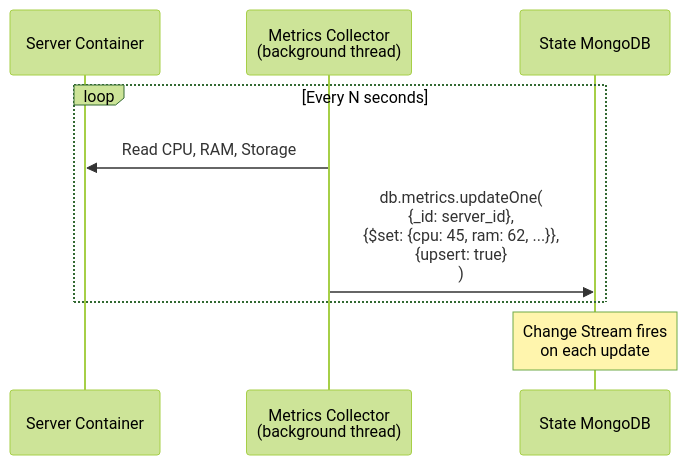
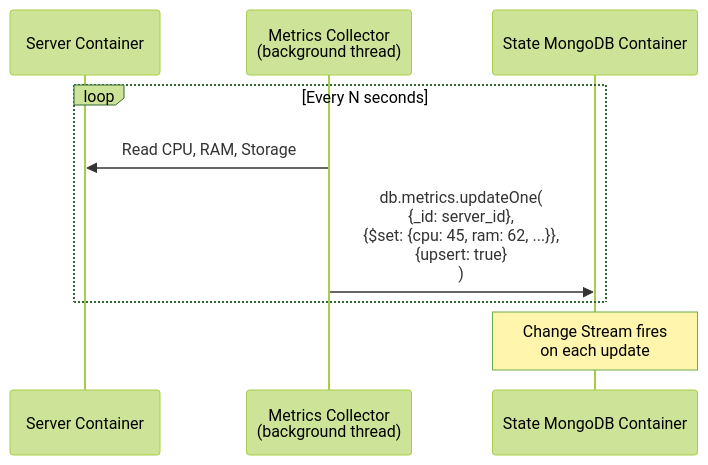
One commit to poioe20p/efficient-storage-in-edge-scenarios changed diagram 18 of 23 in docs/operation/system_mechanisms.md. Above: the diagram before and after it, drawn with Mermaid (forest theme). The commit also changed other lines of this file and 25 other files, not shown here.

````diff
--- a/docs/operation/system_mechanisms.md
+++ b/docs/operation/system_mechanisms.md
@@ -335,12 +730,12 @@
 ```mermaid
 sequenceDiagram
     participant Server as Server Container
     participant Collector as Metrics Collector<br/>(background thread)
-    participant StateMongo as State MongoDB
+    participant StateMongo as State MongoDB Container
 
     loop Every N seconds
         Collector->>Server: Read CPU, RAM, Storage
         Collector->>StateMongo: db.metrics.updateOne(<br/>  {_id: server_id},<br/>  {$set: {cpu: 45, ram: 62, ...}},<br/>  {upsert: true}<br/>)
     end
     Note over StateMongo: Change Stream fires<br/>on each update
 ```
````
